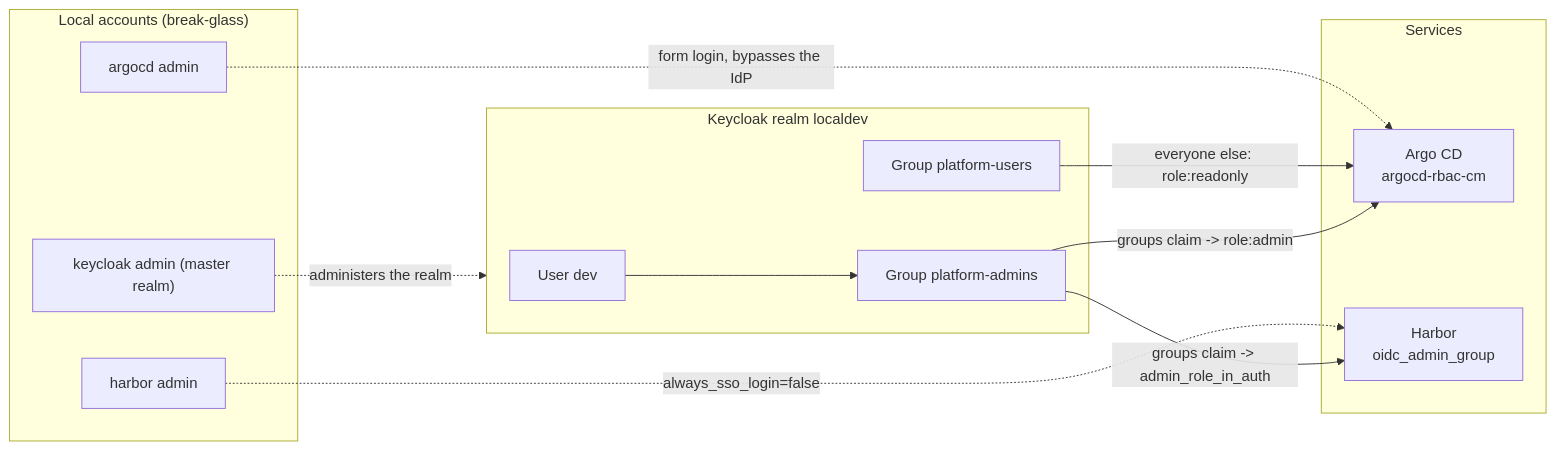
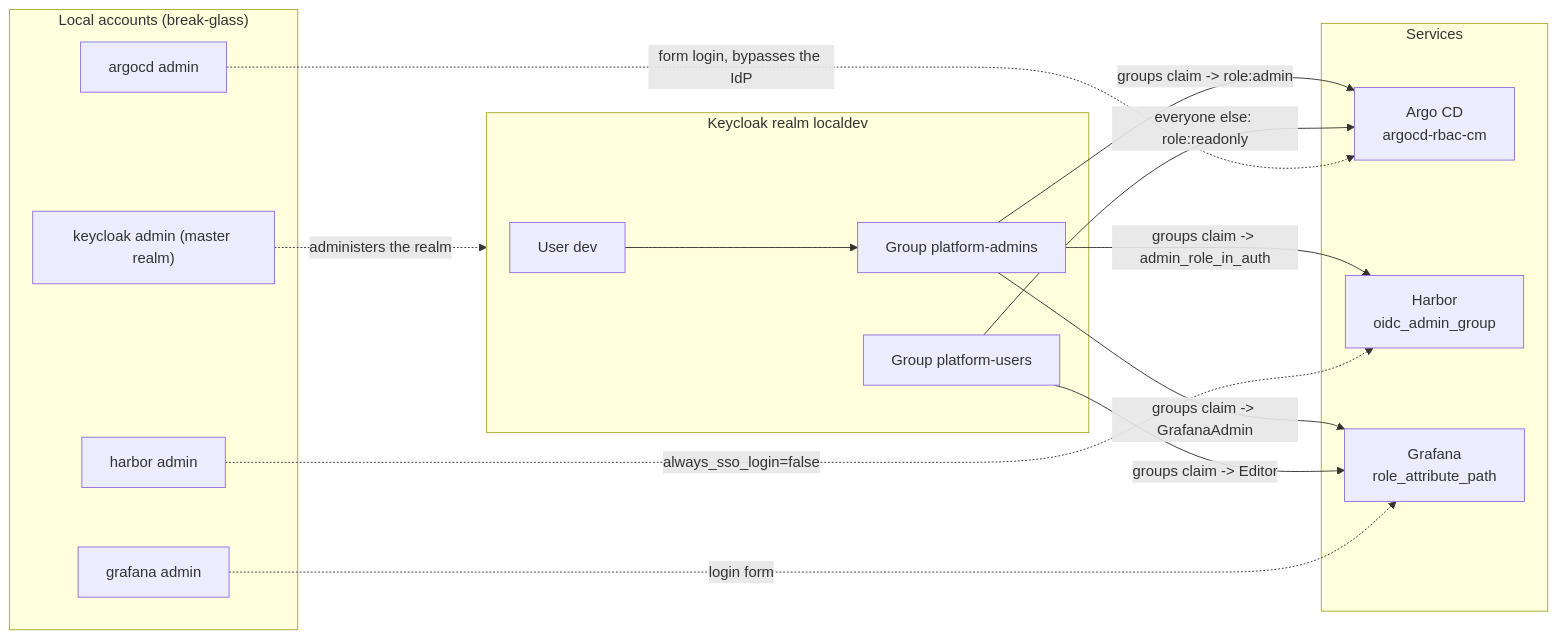
One commit to leopold2410/devcluster changed the fifth of 5 diagrams in architecture.md. Above: the diagram before and after it, drawn with Mermaid. The commit also changed other lines of this file and 2 other files, not shown here.

````diff
--- a/architecture.md
+++ b/architecture.md
@@ -157,25 +243,30 @@
 ```mermaid
 flowchart LR
     subgraph kc["Keycloak realm localdev"]
         dev["User dev"]
         ga["Group platform-admins"]
         gu["Group platform-users"]
         dev --> ga
     end
     subgraph svc["Services"]
         argo["Argo CD<br/>argocd-rbac-cm"]
         harbor["Harbor<br/>oidc_admin_group"]
+        grafana["Grafana<br/>role_attribute_path"]
     end
     subgraph local["Local accounts (break-glass)"]
         la["argocd admin"]
         lh["harbor admin"]
+        lg["grafana admin"]
         lk["keycloak admin (master realm)"]
     end
 
     ga -->|"groups claim -> role:admin"| argo
     ga -->|"groups claim -> admin_role_in_auth"| harbor
+    ga -->|"groups claim -> GrafanaAdmin"| grafana
     gu -->|"everyone else: role:readonly"| argo
+    gu -->|"groups claim -> Editor"| grafana
     la -.->|"form login, bypasses the IdP"| argo
     lh -.->|"always_sso_login=false"| harbor
+    lg -.->|"login form"| grafana
     lk -.->|"administers the realm"| kc
 ```
````
